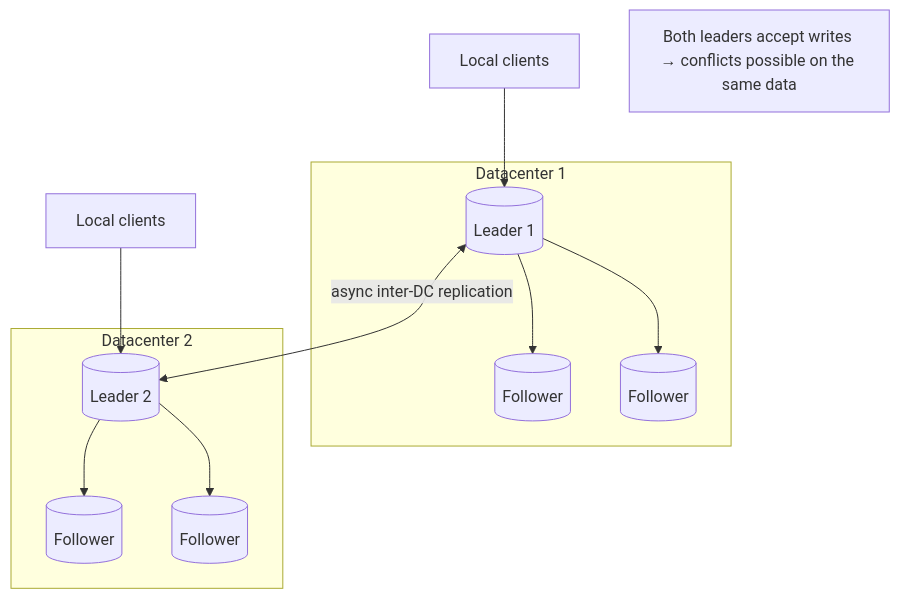
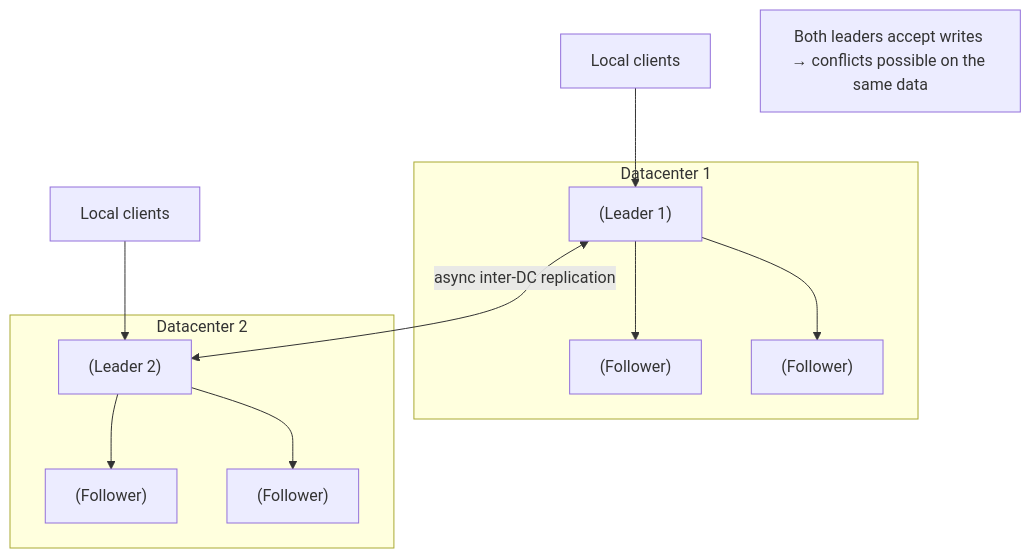
Before and after one commit to pankajThakur1874/studysheet: the first of 3 diagrams in files/02-distributed-data/03-multi-leader-replication.md, drawn with Mermaid. The commit also changed other lines of this file and 102 other files, not shown here.

Commit message:
Auto-fix Mermaid diagram syntax across all study guides to prevent Syntax Error in Mermaid v10

````diff
--- a/files/02-distributed-data/03-multi-leader-replication.md
+++ b/files/02-distributed-data/03-multi-leader-replication.md
@@ -113,15 +113,15 @@
 ```mermaid
 flowchart TD
     subgraph DC1[Datacenter 1]
-        L1[(Leader 1)] --> F1a[(Follower)]
-        L1 --> F1b[(Follower)]
+        L1["(Leader 1)"] --> F1a["(Follower)"]
+        L1 --> F1b["(Follower)"]
     end
     subgraph DC2[Datacenter 2]
-        L2[(Leader 2)] --> F2a[(Follower)]
-        L2 --> F2b[(Follower)]
+        L2["(Leader 2)"] --> F2a["(Follower)"]
+        L2 --> F2b["(Follower)"]
     end
     L1 <-->|async inter-DC replication| L2
     C1[Local clients] --> L1
     C2[Local clients] --> L2
-    note[Both leaders accept writes → conflicts possible on the same data]
+    note["Both leaders accept writes → conflicts possible on the same data"]
 ```
````
